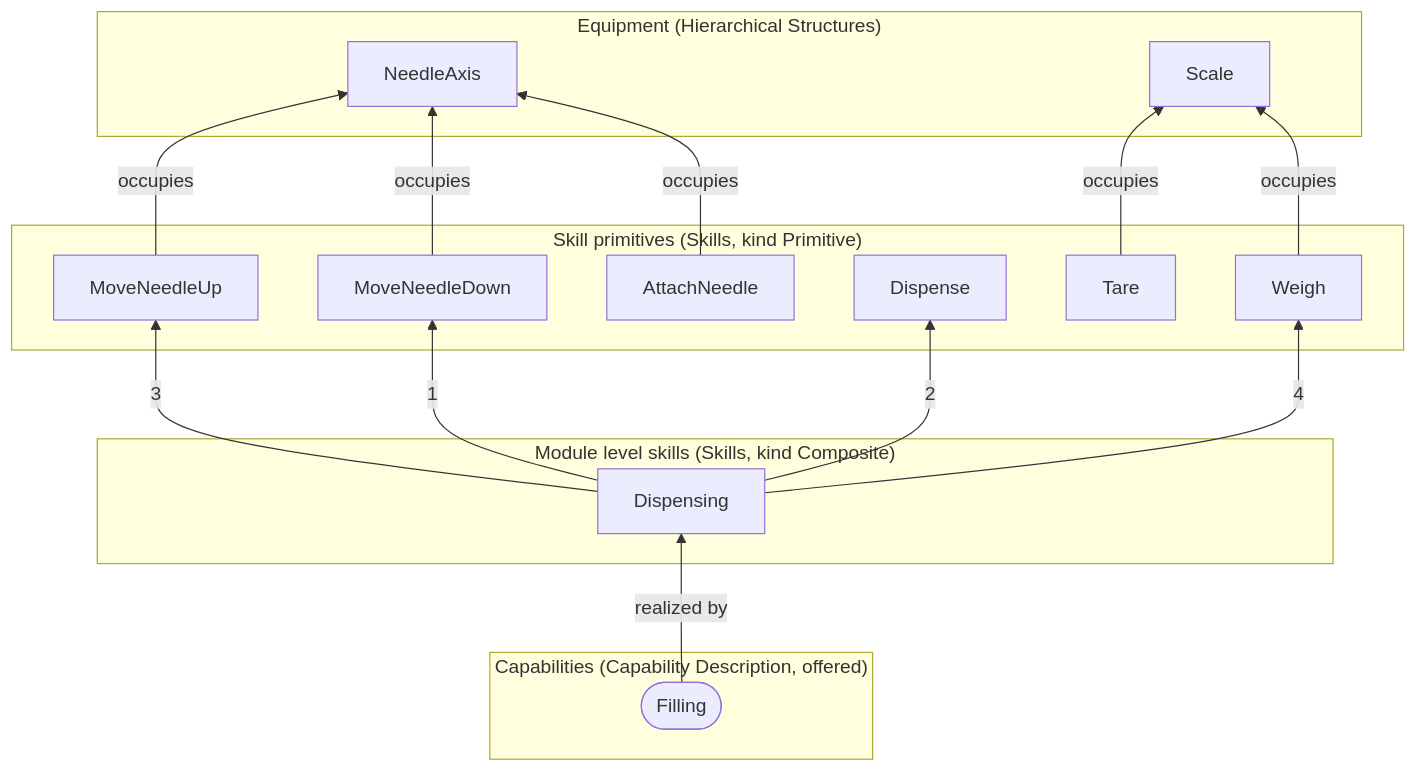
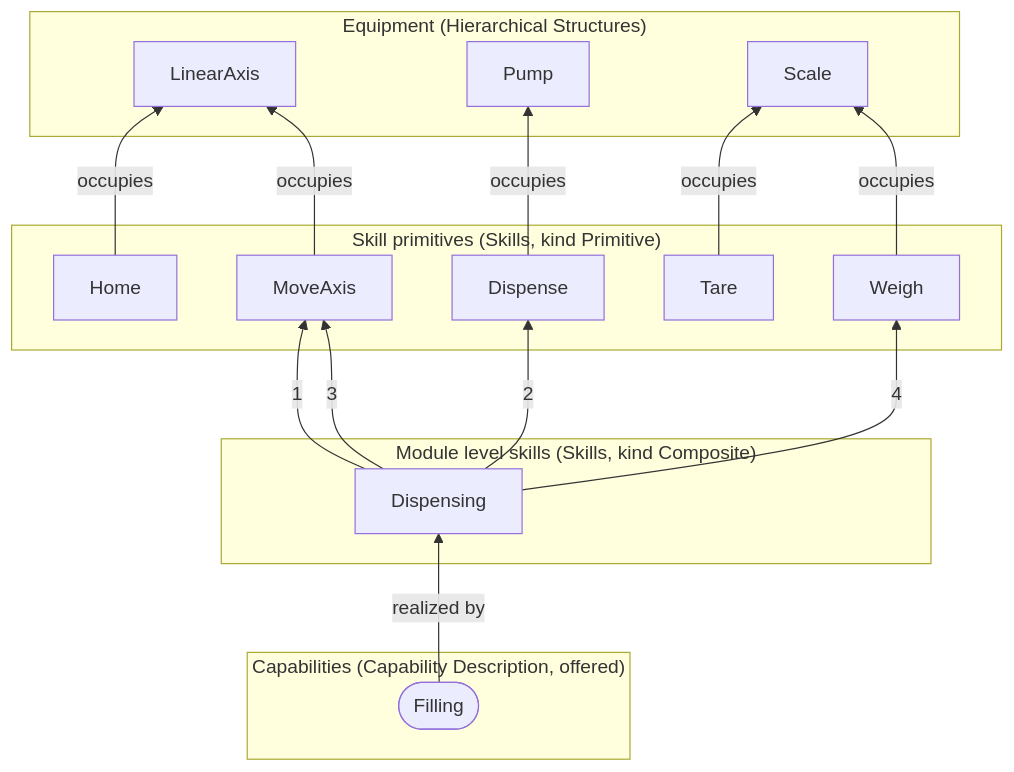
The fourth of 8 diagrams in docs/aas-examples.md (AAUSmartProductionLab/iec61499-mgmt-py), drawn with Mermaid before and after one commit. The commit also changed other lines of this file and 3 other files, not shown here.

Commit message:
Docs: the filling module's axis and how an item keeps its position

````diff
--- a/docs/aas-examples.md
+++ b/docs/aas-examples.md
@@ -339,31 +339,31 @@
 ```mermaid
 flowchart BT
   subgraph EQ_FillingModuleAAS["Equipment (Hierarchical Structures)"]
-    FillingModuleAASNeedleAxis["NeedleAxis"]
+    FillingModuleAASLinearAxis["LinearAxis"]
+    FillingModuleAASPump["Pump"]
     FillingModuleAASScale["Scale"]
   end
   subgraph PR_FillingModuleAAS["Skill primitives (Skills, kind Primitive)"]
-    FillingModuleAASMoveNeedleUp["MoveNeedleUp"]
-    FillingModuleAASMoveNeedleDown["MoveNeedleDown"]
-    FillingModuleAASAttachNeedle["AttachNeedle"]
+    FillingModuleAASHome["Home"]
+    FillingModuleAASMoveAxis["MoveAxis"]
     FillingModuleAASDispense["Dispense"]
     FillingModuleAASTare["Tare"]
     FillingModuleAASWeigh["Weigh"]
   end
   subgraph CO_FillingModuleAAS["Module level skills (Skills, kind Composite)"]
     FillingModuleAASDispensing["Dispensing"]
   end
   subgraph CA_FillingModuleAAS["Capabilities (Capability Description, offered)"]
     FillingModuleAAScapFilling(["Filling"])
   end
-  FillingModuleAASMoveNeedleUp -- occupies --> FillingModuleAASNeedleAxis
-  FillingModuleAASMoveNeedleDown -- occupies --> FillingModuleAASNeedleAxis
-  FillingModuleAASAttachNeedle -- occupies --> FillingModuleAASNeedleAxis
+  FillingModuleAASHome -- occupies --> FillingModuleAASLinearAxis
+  FillingModuleAASMoveAxis -- occupies --> FillingModuleAASLinearAxis
+  FillingModuleAASDispense -- occupies --> FillingModuleAASPump
   FillingModuleAASTare -- occupies --> FillingModuleAASScale
   FillingModuleAASWeigh -- occupies --> FillingModuleAASScale
-  FillingModuleAASDispensing -- "1" --> FillingModuleAASMoveNeedleDown
+  FillingModuleAASDispensing -- "1" --> FillingModuleAASMoveAxis
   FillingModuleAASDispensing -- "2" --> FillingModuleAASDispense
-  FillingModuleAASDispensing -- "3" --> FillingModuleAASMoveNeedleUp
+  FillingModuleAASDispensing -- "3" --> FillingModuleAASMoveAxis
   FillingModuleAASDispensing -- "4" --> FillingModuleAASWeigh
   FillingModuleAAScapFilling -- realized by --> FillingModuleAASDispensing
 ```
````
